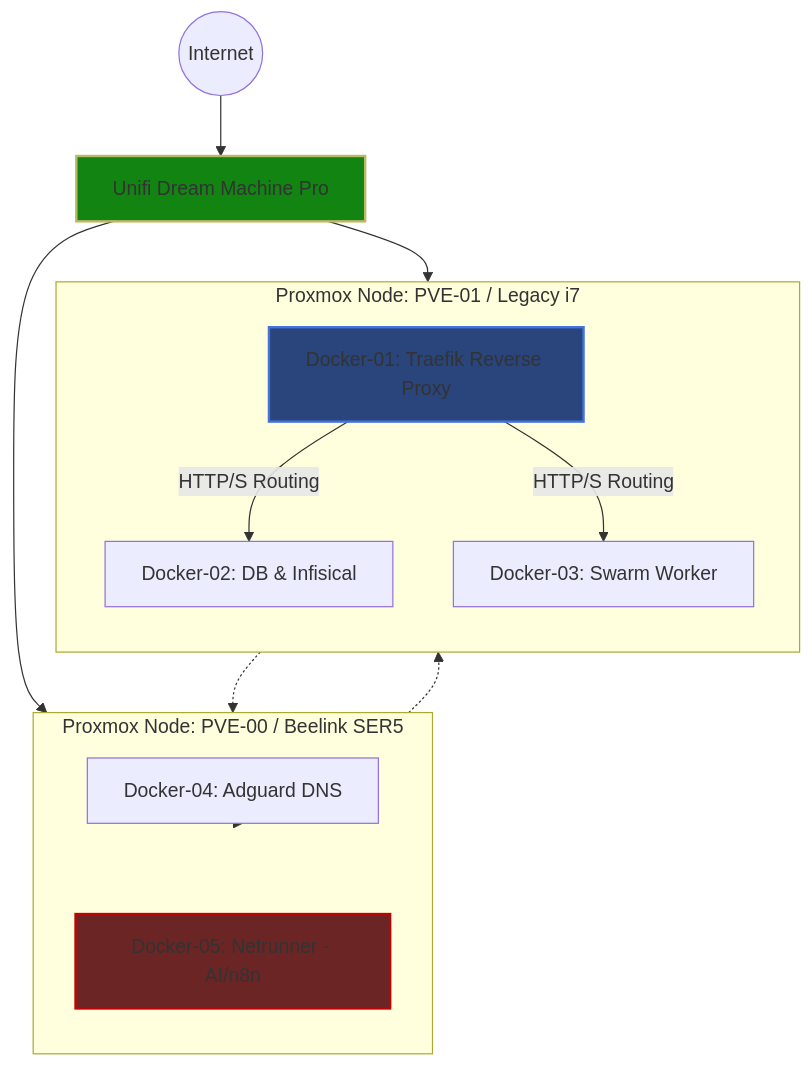
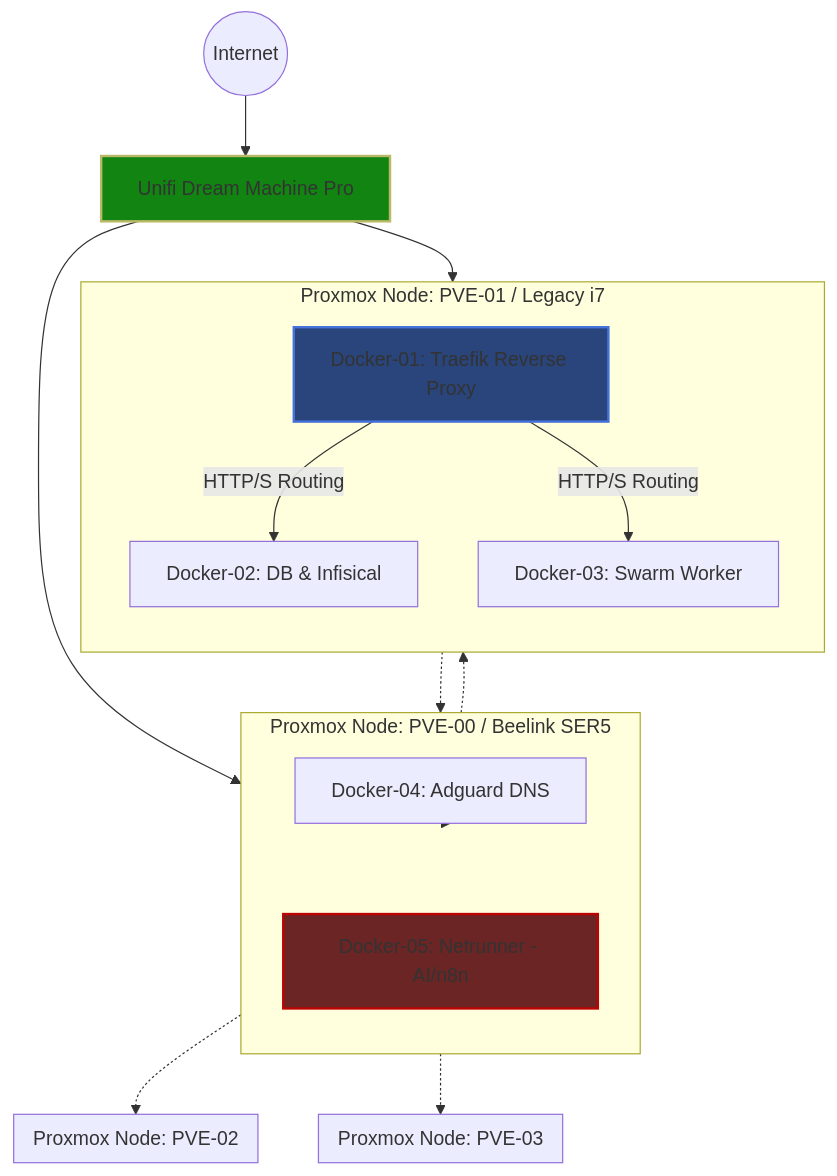
The diagram in docs/infrastructure/networking.md (EncryptedFunk/EncryptedFunk.github.io), drawn with Mermaid before and after one commit. The commit also changed 4 other files, not shown here.

````diff
--- a/docs/infrastructure/networking.md
+++ b/docs/infrastructure/networking.md
@@ -10,37 +10,47 @@
 ```mermaid
 graph TD
     %% External Entry
     Internet((Internet)) --> UDM[Unifi Dream Machine Pro]
 
     %% Infrastructure Subgraphs
     subgraph PVE00 [Proxmox Node: PVE-00 / Beelink SER5]
         direction TB
         D04[Docker-04: Adguard DNS]
         D05[Docker-05: Netrunner - AI/n8n]
     end
 
     subgraph PVE01 [Proxmox Node: PVE-01 / Legacy i7]
         direction TB
         D01[Docker-01: Traefik Reverse Proxy]
         D02[Docker-02: DB & Infisical]
         D03[Docker-03: Swarm Worker]
     end
 
+    subgraph PVE02 [Proxmox Node: PVE-02]
+        direction TB
+    end
+
+    subgraph PVE03 [Proxmox Node: PVE-03]
+        direction TB
+    end
+
     %% Network Flow
     UDM --> D01
     UDM --> D04
 
     %% Traefik Routing
     D01 -- HTTP/S Routing --> D02
     D01 -- HTTP/S Routing --> D03
     D01 -.-> D05
     
     %% Management/DNS
     D04 -.-> PVE00
     D04 -.-> PVE01
+    D04 -.-> PVE02
+    D04 -.-> PVE03
 
     %% Styling
     style D05 fill:#6c2525,stroke:#bc0404,stroke-width:2px
     style D01 fill:#29457b,stroke:#4571da,stroke-width:2px
     style UDM fill:#128412,stroke:#bab968,stroke-width:2px
 ```
````
